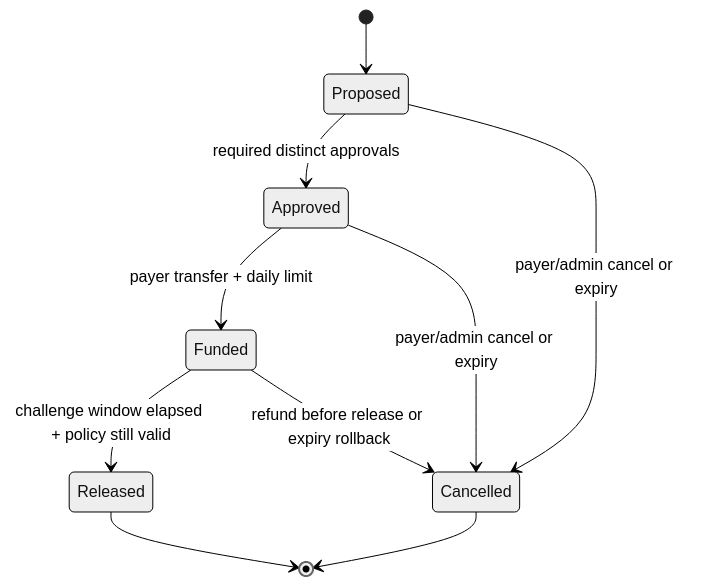
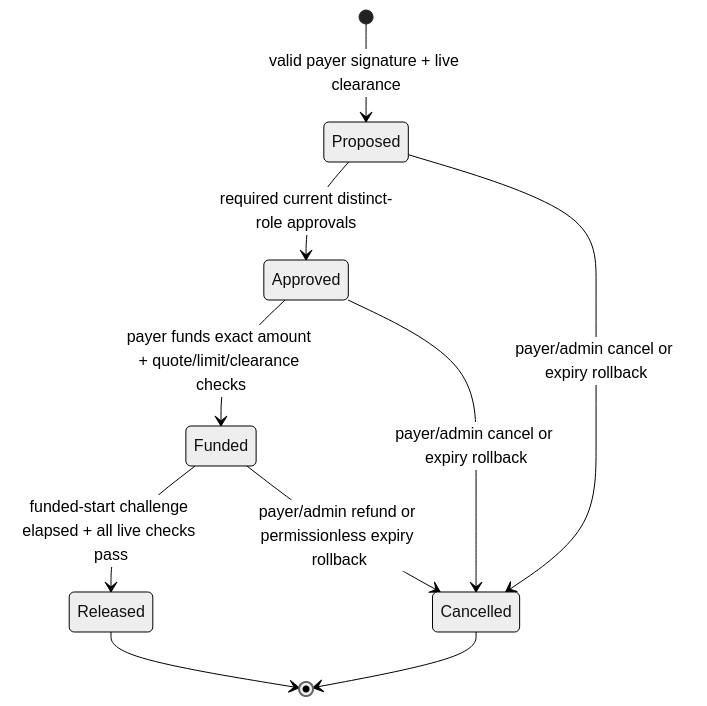
The third of 3 diagrams in docs/ARCHITECTURE.md (Oxygen56/verifiable-treasury-agent), drawn with Mermaid (neutral theme) before and after one commit. The commit also changed other lines of this file and 62 other files, not shown here.

````diff
--- a/docs/ARCHITECTURE.md
+++ b/docs/ARCHITECTURE.md
@@ -20,12 +68,12 @@
 ```mermaid
 stateDiagram-v2
-  [*] --> Proposed
-  Proposed --> Approved: required distinct approvals
-  Approved --> Funded: payer transfer + daily limit
-  Funded --> Released: challenge window elapsed + policy still valid
-  Proposed --> Cancelled: payer/admin cancel or expiry
-  Approved --> Cancelled: payer/admin cancel or expiry
-  Funded --> Cancelled: refund before release or expiry rollback
+  [*] --> Proposed: valid payer signature + live clearance
+  Proposed --> Approved: required current distinct-role approvals
+  Approved --> Funded: payer funds exact amount + quote/limit/clearance checks
+  Funded --> Released: funded-start challenge elapsed + all live checks pass
+  Proposed --> Cancelled: payer/admin cancel or expiry rollback
+  Approved --> Cancelled: payer/admin cancel or expiry rollback
+  Funded --> Cancelled: payer/admin refund or permissionless expiry rollback
   Released --> [*]
   Cancelled --> [*]
 ```
````
